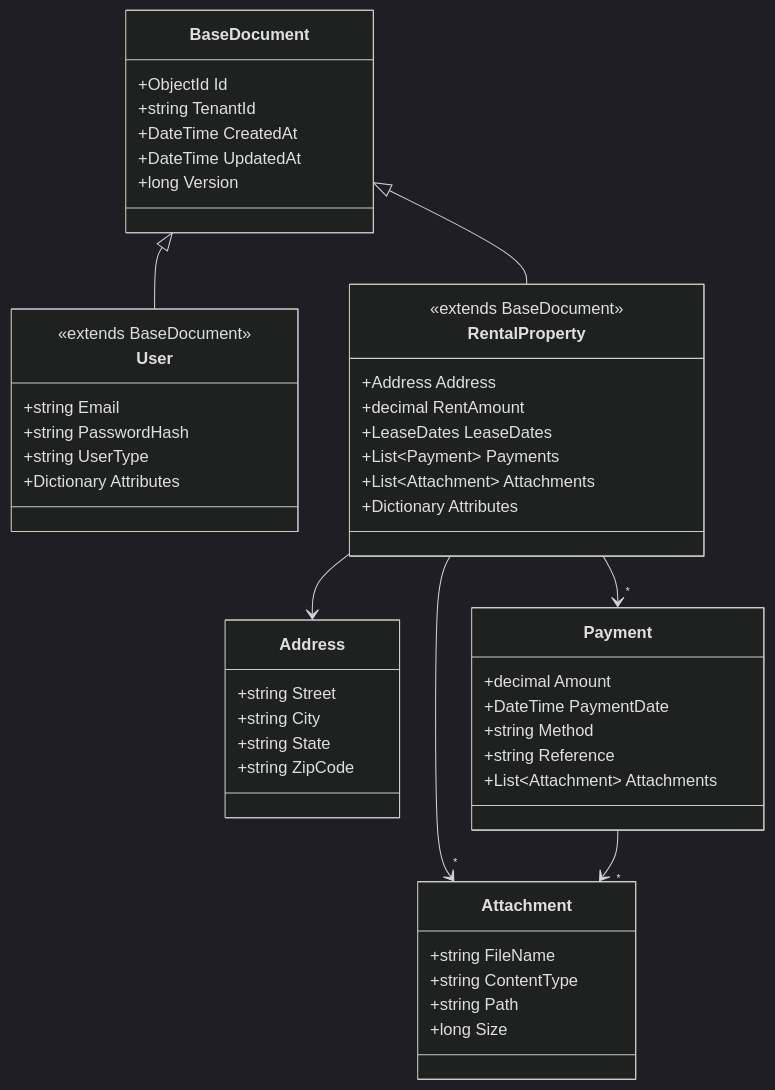
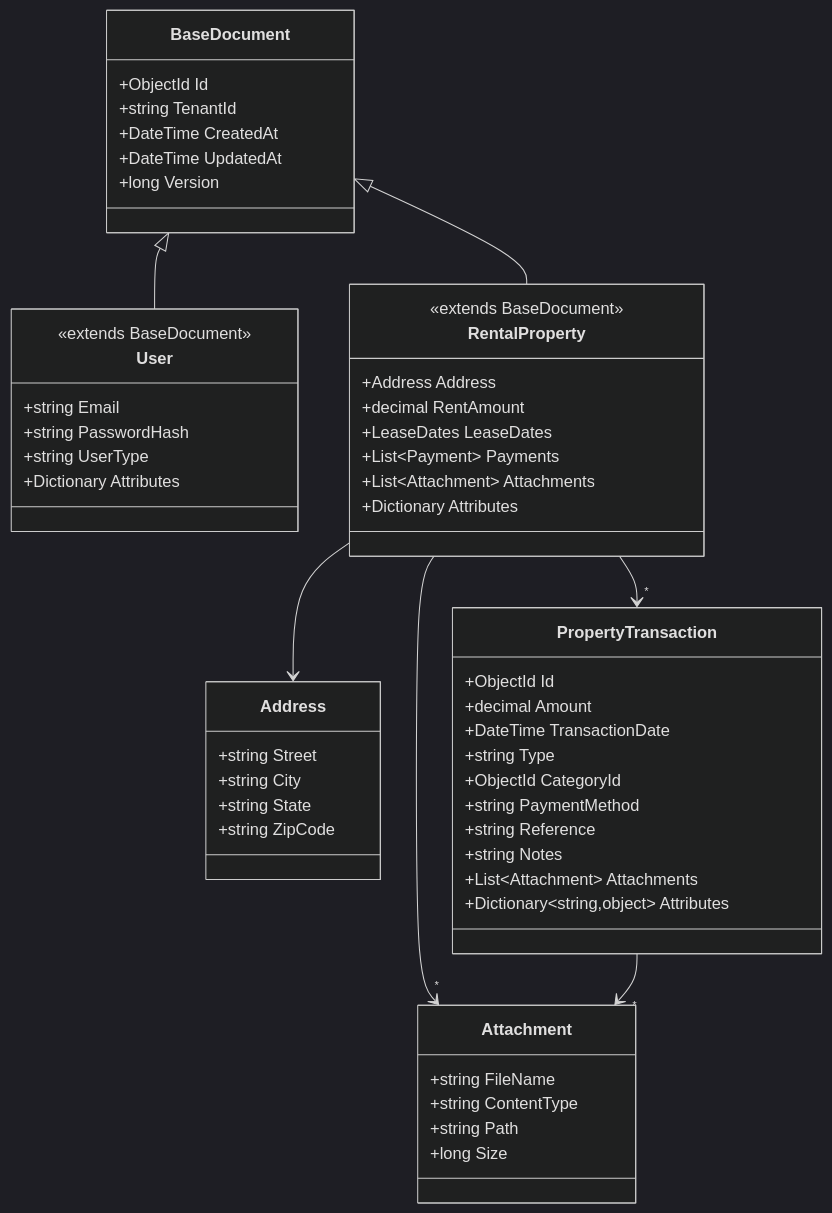
The second of 7 diagrams in README.md (rohanmarathe567-code/RentTracker), drawn with Mermaid (dark theme) before and after one commit. The commit also changed other lines of this file and 9 other files, not shown here.

````diff
--- a/README.md
+++ b/README.md
@@ -299,51 +306,56 @@
 ```mermaid
 classDiagram
     class BaseDocument {
         +ObjectId Id
         +string TenantId
         +DateTime CreatedAt
         +DateTime UpdatedAt
         +long Version
     }
     class User {
         <<extends BaseDocument>>
         +string Email
         +string PasswordHash
         +string UserType
         +Dictionary Attributes
     }
     class RentalProperty {
         <<extends BaseDocument>>
         +Address Address
         +decimal RentAmount
         +LeaseDates LeaseDates
         +List~Payment~ Payments
         +List~Attachment~ Attachments
         +Dictionary Attributes
     }
     class Address {
         +string Street
         +string City
         +string State
         +string ZipCode
     }
-    class Payment {
+    class PropertyTransaction {
+        +ObjectId Id
         +decimal Amount
-        +DateTime PaymentDate
-        +string Method
+        +DateTime TransactionDate
+        +string Type
+        +ObjectId CategoryId
+        +string PaymentMethod
         +string Reference
+        +string Notes
         +List~Attachment~ Attachments
+        +Dictionary~string,object~ Attributes
     }
     class Attachment {
         +string FileName
         +string ContentType
         +string Path
         +long Size
     }
     BaseDocument <|-- User
     BaseDocument <|-- RentalProperty
     RentalProperty --> Address
-    RentalProperty --> "*" Payment
+    RentalProperty --> "*" PropertyTransaction
     RentalProperty --> "*" Attachment
-    Payment --> "*" Attachment
+    PropertyTransaction --> "*" Attachment
 ```
````
